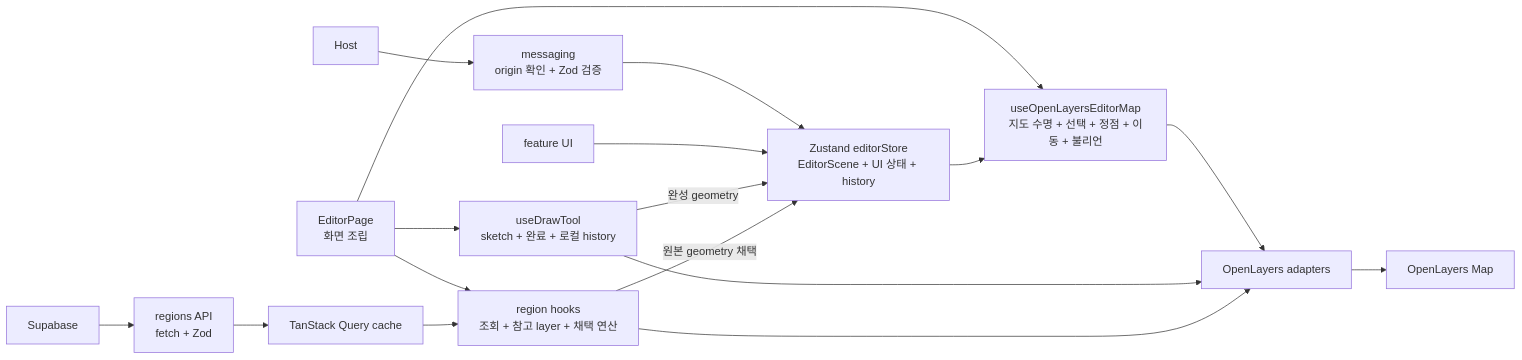
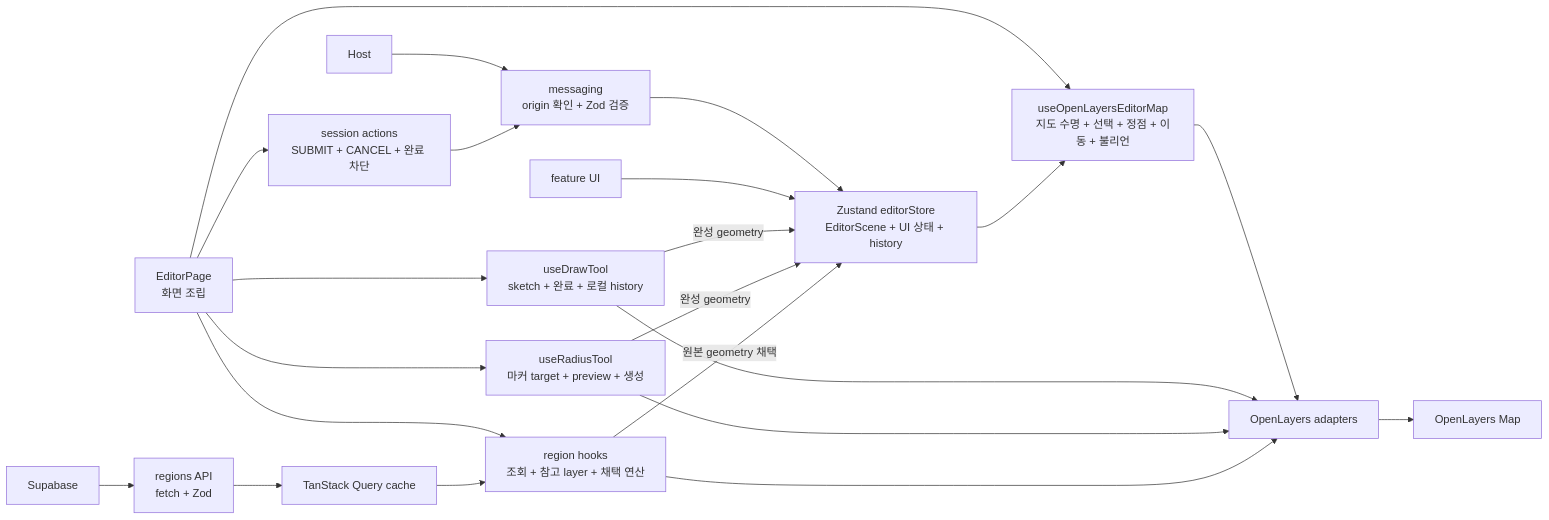
One commit to kimik-hyum/map-editor changed the first of 2 diagrams in src/pages/editor/ARCHITECTURE.md. Above: the diagram before and after it, drawn with Mermaid. The commit also changed other lines of this file and 1 other file, not shown here.

````diff
--- a/src/pages/editor/ARCHITECTURE.md
+++ b/src/pages/editor/ARCHITECTURE.md
@@ -12,22 +12,27 @@
 ```mermaid
 flowchart LR
   Host["Host"] --> Messaging["messaging<br/>origin 확인 + Zod 검증"]
   Messaging --> Store["Zustand editorStore<br/>EditorScene + UI 상태 + history"]
 
   Page["EditorPage<br/>화면 조립"] --> MapHook["useOpenLayersEditorMap<br/>지도 수명 + 선택 + 정점 + 이동 + 불리언"]
   Page --> DrawHook["useDrawTool<br/>sketch + 완료 + 로컬 history"]
+  Page --> RadiusHook["useRadiusTool<br/>마커 target + preview + 생성"]
   Page --> RegionHooks["region hooks<br/>조회 + 참고 layer + 채택 연산"]
+  Page --> Session["session actions<br/>SUBMIT + CANCEL + 완료 차단"]
   FeatureUI["feature UI"] --> Store
   Store --> MapHook
   DrawHook -- "완성 geometry" --> Store
+  RadiusHook -- "완성 geometry" --> Store
+  Session --> Messaging
 
   Supabase["Supabase"] --> RegionApi["regions API<br/>fetch + Zod"]
   RegionApi --> Query["TanStack Query cache"]
   Query --> RegionHooks
 
   MapHook --> Adapters["OpenLayers adapters"]
   DrawHook --> Adapters
+  RadiusHook --> Adapters
   RegionHooks --> Adapters
   RegionHooks -- "원본 geometry 채택" --> Store
   Adapters --> OpenLayers["OpenLayers Map"]
 ```
````
